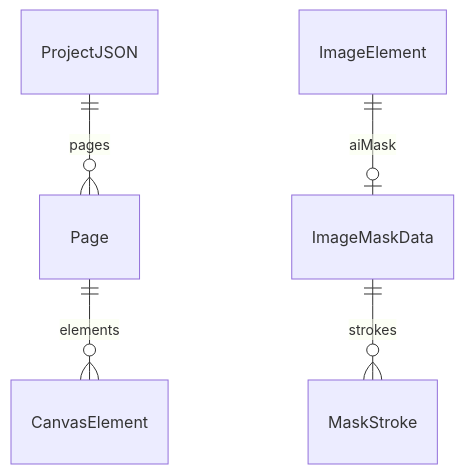
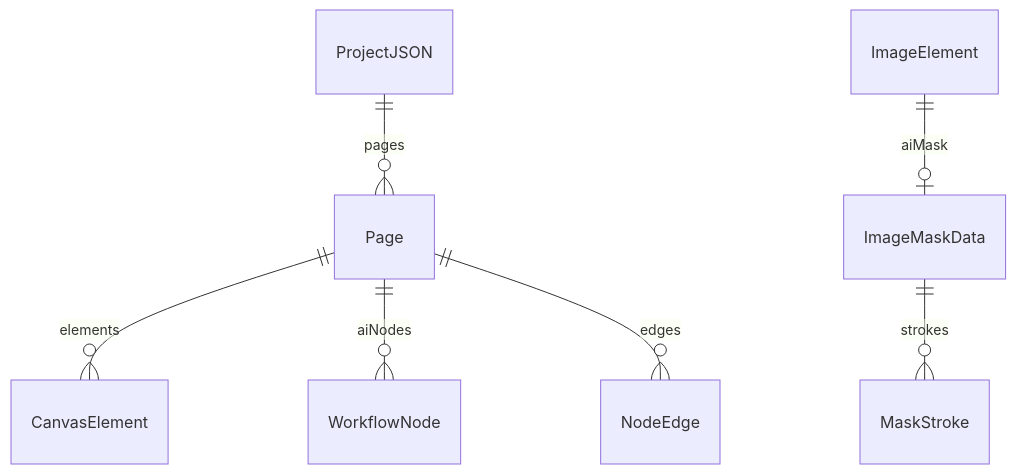
The second of 11 diagrams in doc/PROJECT_ARCHITECTURE.md (chenjialin555/ai-canvas), drawn with Mermaid before and after one commit. The commit also changed other lines of this file and 29 other files, not shown here.

````diff
--- a/doc/PROJECT_ARCHITECTURE.md
+++ b/doc/PROJECT_ARCHITECTURE.md
@@ -141,7 +154,9 @@
 ```mermaid
 erDiagram
   ProjectJSON ||--o{ Page : pages
   Page ||--o{ CanvasElement : elements
+  Page ||--o{ WorkflowNode : aiNodes
+  Page ||--o{ NodeEdge : edges
   ImageElement ||--o| ImageMaskData : aiMask
   ImageMaskData ||--o{ MaskStroke : strokes
 ```
````
